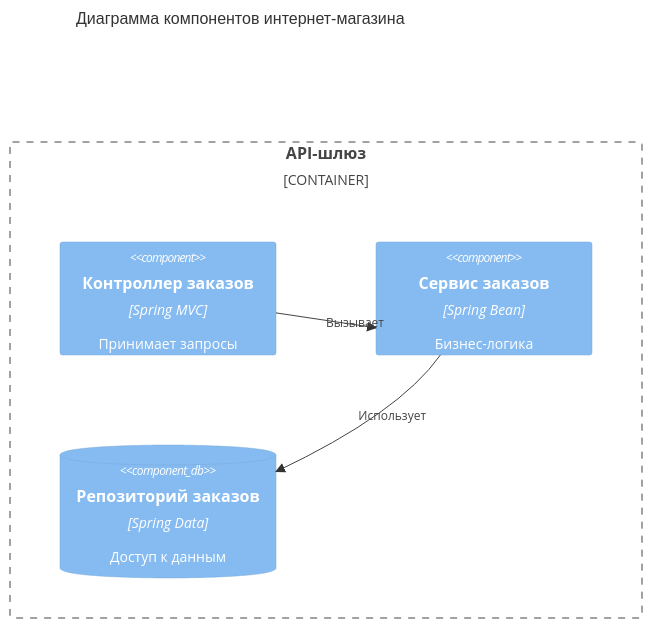
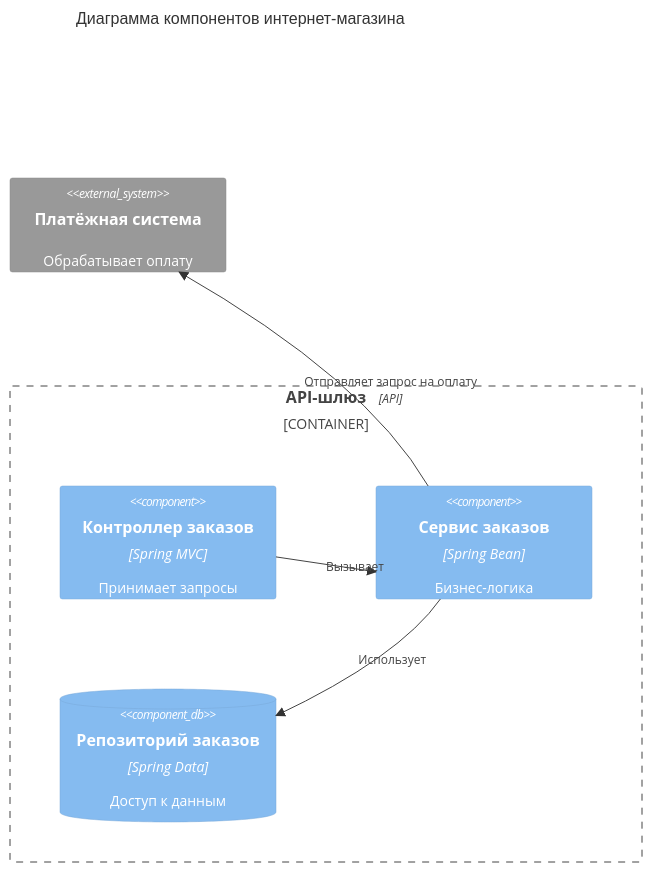
Before and after one commit to yulyashabel5-tech/pet-project: diagram 13 of 18 in docs/tools/mermaid.md, drawn with Mermaid. The commit also changed other lines of this file and 96 other files, not shown here.

Commit message:
Описала Mermaid

````diff
--- a/docs/tools/mermaid.md
+++ b/docs/tools/mermaid.md
@@ -372,13 +501,16 @@
     ```mermaid
     C4Component
-        title Диаграмма компонентов интернет-магазина
+    title Диаграмма компонентов интернет-магазина
 
-        Container_Boundary(апи, "API-шлюз") {
-            Component(контроллер, "Контроллер заказов", "Spring MVC", "Принимает запросы")
-            Component(сервис, "Сервис заказов", "Spring Bean", "Бизнес-логика")
-            ComponentDb(репозиторий, "Репозиторий заказов", "Spring Data", "Доступ к данным")
-        }
+    Container_Boundary(апи, "API-шлюз") {
+        Component(контроллер, "Контроллер заказов", "Spring MVC", "Принимает запросы")
+        Component(сервис, "Сервис заказов", "Spring Bean", "Бизнес-логика")
+        ComponentDb(репозиторий, "Репозиторий заказов", "Spring Data", "Доступ к данным")
+    }
 
-        Rel(контроллер, сервис, "Вызывает")
-        Rel(сервис, репозиторий, "Использует")
-    ```
+    System_Ext(платежи, "Платёжная система", "Обрабатывает оплату")
+
+    Rel(контроллер, сервис, "Вызывает")
+    Rel(сервис, репозиторий, "Использует")
+    Rel(сервис, платежи, "Отправляет запрос на оплату", "API")
+    ```   
````
